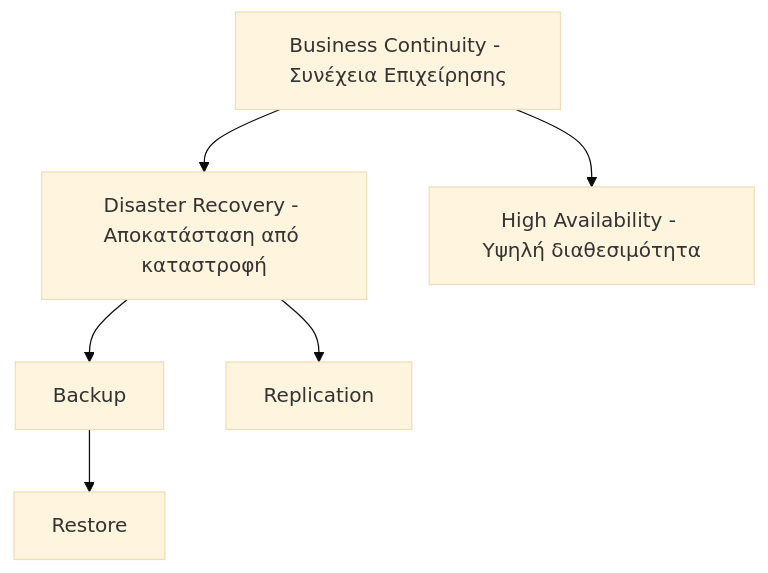
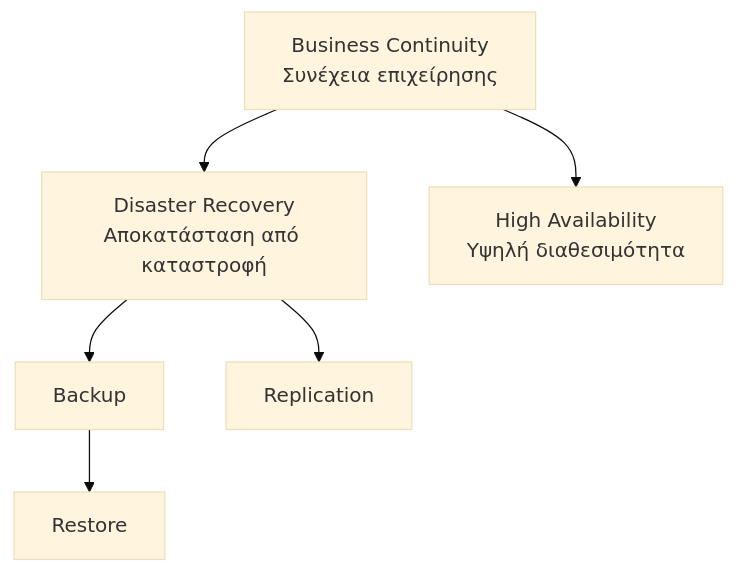
The diagram in Backup-Disaster-Recovery/01-Eisagogi-kai-Vasikes-Ennoies.md (Dimitriskatsanos42/Infrastructure-Knowledge-Base), drawn with Mermaid (base theme) before and after one commit. The commit also changed other lines of this file, not shown here.

````diff
--- a/Backup-Disaster-Recovery/01-Eisagogi-kai-Vasikes-Ennoies.md
+++ b/Backup-Disaster-Recovery/01-Eisagogi-kai-Vasikes-Ennoies.md
@@ -50,9 +58,9 @@
 ```mermaid
 flowchart TD
-    BC[Business Continuity - Συνέχεια Επιχείρησης]
-    BC --> DR[Disaster Recovery - Αποκατάσταση από καταστροφή]
-    BC --> HA[High Availability - Υψηλή διαθεσιμότητα]
-    DR --> BK[Backup]
-    DR --> REP[Replication]
-    BK --> RS[Restore]
+    BC["Business Continuity<br/>Συνέχεια επιχείρησης"]
+    BC --> DR["Disaster Recovery<br/>Αποκατάσταση από καταστροφή"]
+    BC --> HA["High Availability<br/>Υψηλή διαθεσιμότητα"]
+    DR --> BK["Backup"]
+    DR --> REP["Replication"]
+    BK --> RS["Restore"]
 ```
````
